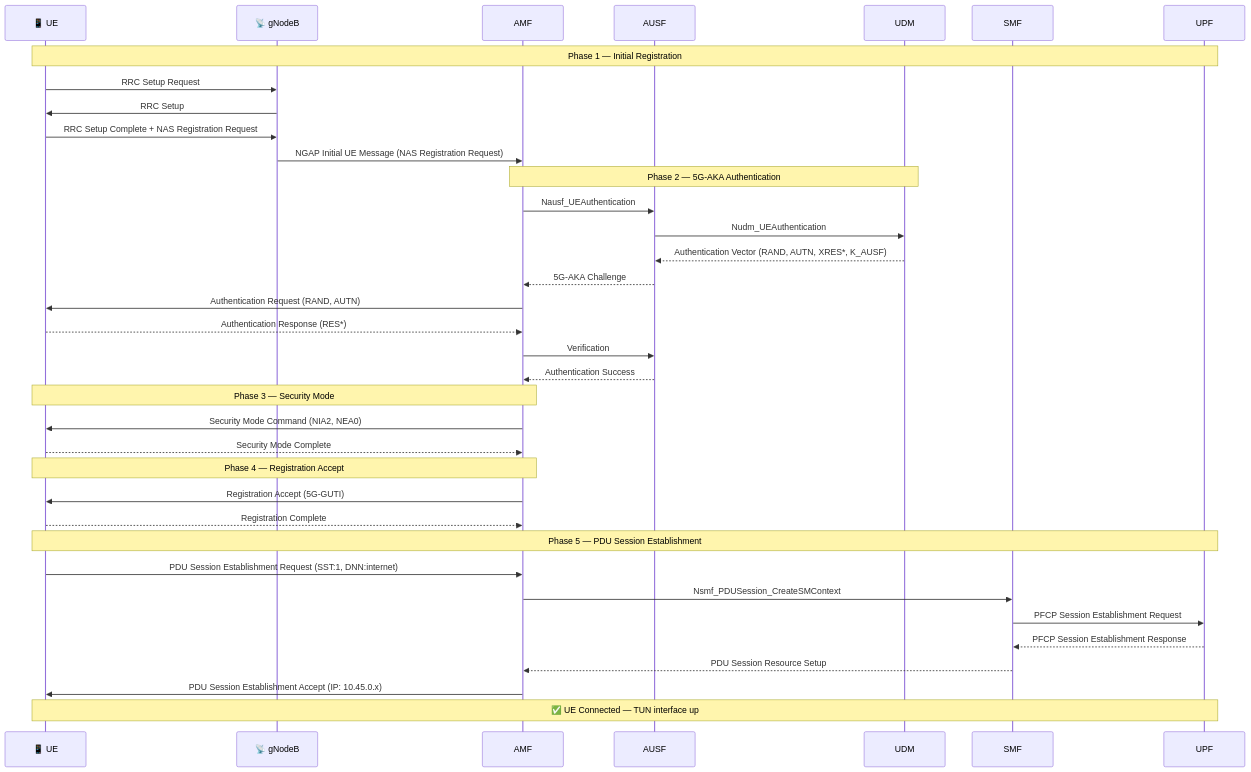
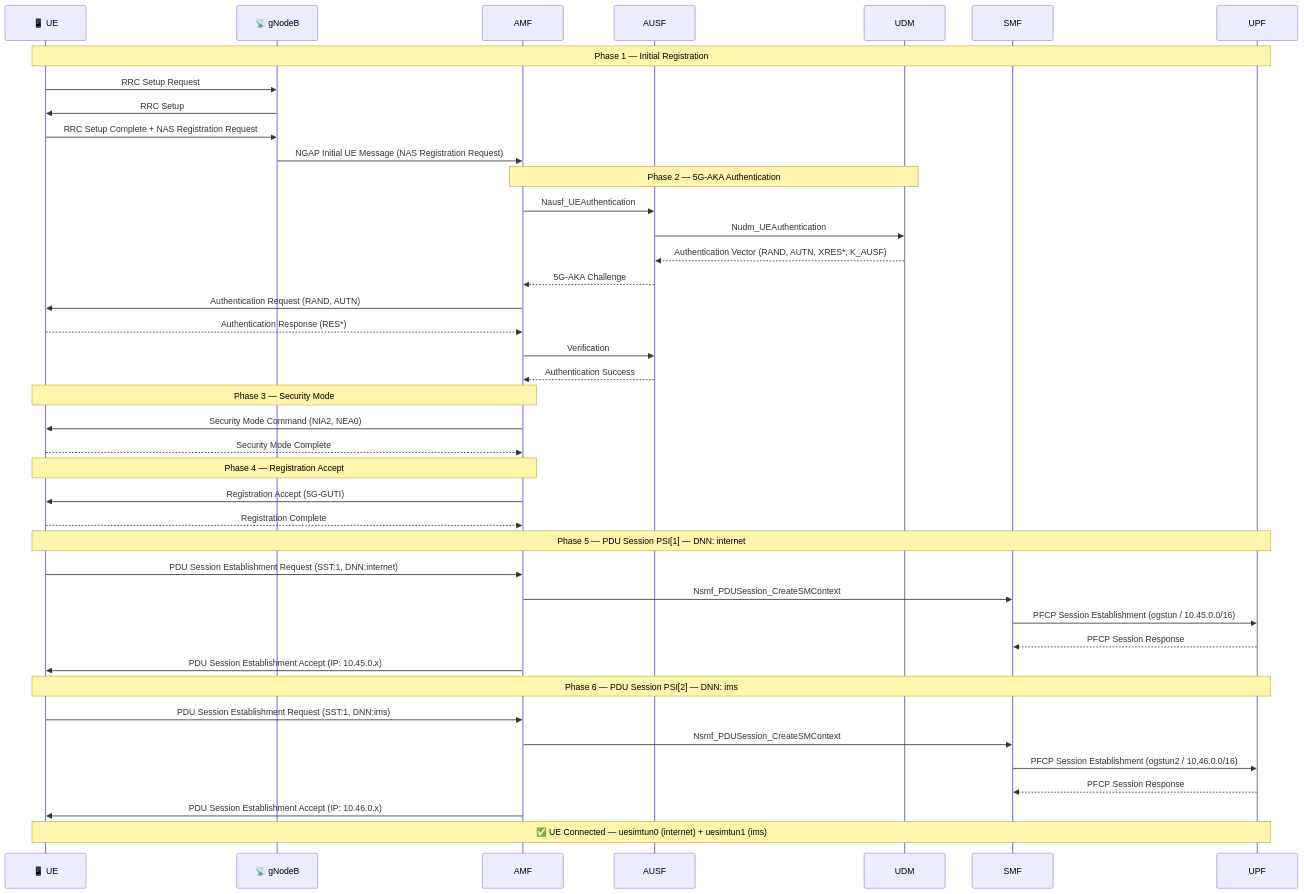
One commit to khattabpi/Open-Telecom-Lab changed the second of 4 diagrams in README.md. Above: the diagram before and after it, drawn with Mermaid. The commit also changed other lines of this file, not shown here.

````diff
--- a/README.md
+++ b/README.md
@@ -139,49 +153,56 @@
 ```mermaid
 sequenceDiagram
     participant UE as 📱 UE
     participant GNB as 📡 gNodeB
     participant AMF as AMF
     participant AUSF as AUSF
     participant UDM as UDM
     participant SMF as SMF
     participant UPF as UPF
 
     Note over UE,UPF: Phase 1 — Initial Registration
 
     UE->>GNB: RRC Setup Request
     GNB->>UE: RRC Setup
     UE->>GNB: RRC Setup Complete + NAS Registration Request
     GNB->>AMF: NGAP Initial UE Message (NAS Registration Request)
 
     Note over AMF,UDM: Phase 2 — 5G-AKA Authentication
 
     AMF->>AUSF: Nausf_UEAuthentication
     AUSF->>UDM: Nudm_UEAuthentication
     UDM-->>AUSF: Authentication Vector (RAND, AUTN, XRES*, K_AUSF)
     AUSF-->>AMF: 5G-AKA Challenge
     AMF->>UE: Authentication Request (RAND, AUTN)
     UE-->>AMF: Authentication Response (RES*)
     AMF->>AUSF: Verification
     AUSF-->>AMF: Authentication Success
 
     Note over AMF,UE: Phase 3 — Security Mode
 
     AMF->>UE: Security Mode Command (NIA2, NEA0)
     UE-->>AMF: Security Mode Complete
 
     Note over AMF,UE: Phase 4 — Registration Accept
 
     AMF->>UE: Registration Accept (5G-GUTI)
     UE-->>AMF: Registration Complete
 
-    Note over UE,UPF: Phase 5 — PDU Session Establishment
+    Note over UE,UPF: Phase 5 — PDU Session PSI[1] — DNN: internet
 
     UE->>AMF: PDU Session Establishment Request (SST:1, DNN:internet)
     AMF->>SMF: Nsmf_PDUSession_CreateSMContext
-    SMF->>UPF: PFCP Session Establishment Request
-    UPF-->>SMF: PFCP Session Establishment Response
-    SMF-->>AMF: PDU Session Resource Setup
+    SMF->>UPF: PFCP Session Establishment (ogstun / 10.45.0.0/16)
+    UPF-->>SMF: PFCP Session Response
     AMF->>UE: PDU Session Establishment Accept (IP: 10.45.0.x)
 
-    Note over UE,UPF: ✅ UE Connected — TUN interface up
+    Note over UE,UPF: Phase 6 — PDU Session PSI[2] — DNN: ims
+
+    UE->>AMF: PDU Session Establishment Request (SST:1, DNN:ims)
+    AMF->>SMF: Nsmf_PDUSession_CreateSMContext
+    SMF->>UPF: PFCP Session Establishment (ogstun2 / 10.46.0.0/16)
+    UPF-->>SMF: PFCP Session Response
+    AMF->>UE: PDU Session Establishment Accept (IP: 10.46.0.x)
+
+    Note over UE,UPF: ✅ UE Connected — uesimtun0 (internet) + uesimtun1 (ims)
 ```
````
